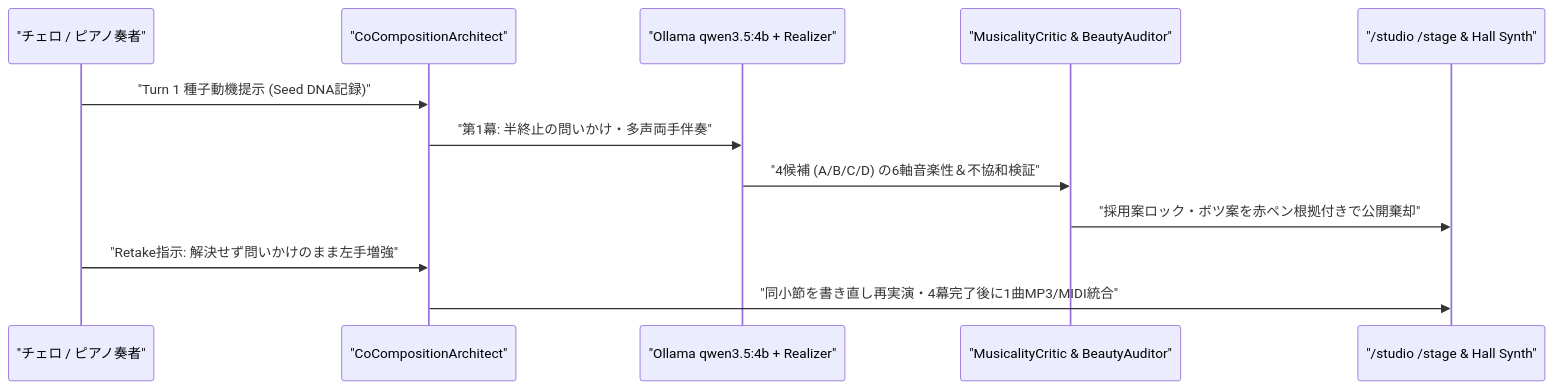
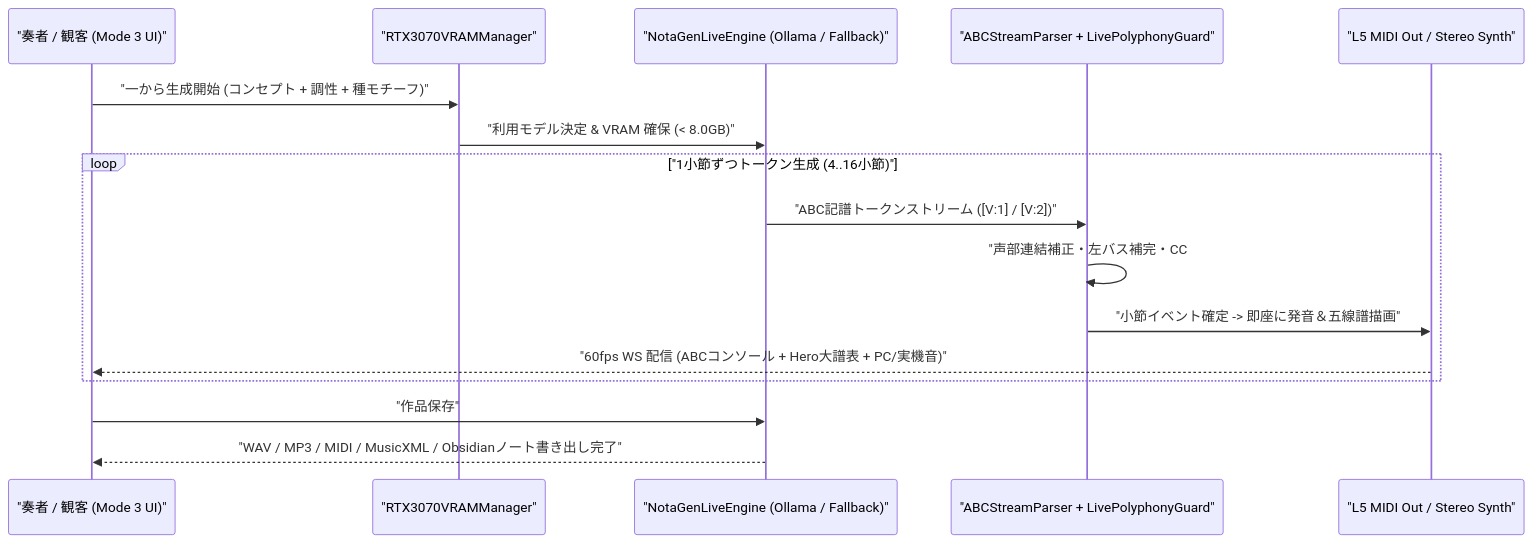
Before and after one commit to AI-Avalon/Disklavier-Auto: the third of 4 diagrams in README.md, drawn with Mermaid. The commit also changed other lines of this file and 36 other files, not shown here.

Commit message:
feat: 6-worker parallel real-time composition, NotaGen/LLM live ABC streaming, 4-mode ergonomic UI, and green CI

````diff
--- a/README.md
+++ b/README.md
@@ -95,15 +74,19 @@
 ```mermaid
 sequenceDiagram
-    participant Human as "チェロ / ピアノ奏者"
-    participant Arch as "CoCompositionArchitect"
-    participant Engine as "Ollama qwen3.5:4b + Realizer"
-    participant Critic as "MusicalityCritic & BeautyAuditor"
-    participant Out as "/studio /stage & Hall Synth"
+    participant User as "奏者 / 観客 (Mode 3 UI)"
+    participant VRAM as "RTX3070VRAMManager"
+    participant Gen as "NotaGenLiveEngine (Ollama / Fallback)"
+    participant Guard as "ABCStreamParser + LivePolyphonyGuard"
+    participant Audio as "L5 MIDI Out / Stereo Synth"
 
-    Human->>Arch: "Turn 1 種子動機提示 (Seed DNA記録)"
-    Arch->>Engine: "第1幕: 半終止の問いかけ・多声両手伴奏"
-    Engine->>Critic: "4候補 (A/B/C/D) の6軸音楽性＆不協和検証"
-    Critic->>Out: "採用案ロック・ボツ案を赤ペン根拠付きで公開棄却"
-    Human->>Arch: "Retake指示: 解決せず問いかけのまま左手増強"
-    Arch->>Out: "同小節を書き直し再実演・4幕完了後に1曲MP3/MIDI統合"
+    User->>VRAM: "一から生成開始 (コンセプト + 調性 + 種モチーフ)"
+    VRAM->>Gen: "利用モデル決定 & VRAM 確保 (< 8.0GB)"
+    loop "1小節ずつトークン生成 (4..16小節)"
+        Gen->>Guard: "ABC記譜トークンストリーム ([V:1] / [V:2])"
+        Guard->>Guard: "声部連結補正・左バス補完・CC#64/CC#67 同期・単音化防止"
+        Guard->>Audio: "小節イベント確定 -> 即座に発音＆五線譜描画"
+        Audio-->>User: "60fps WS 配信 (ABCコンソール + Hero大譜表 + PC/実機音)"
+    end
+    User->>Gen: "作品保存"
+    Gen-->>User: "WAV / MP3 / MIDI / MusicXML / Obsidianノート書き出し完了"
 ```
````
